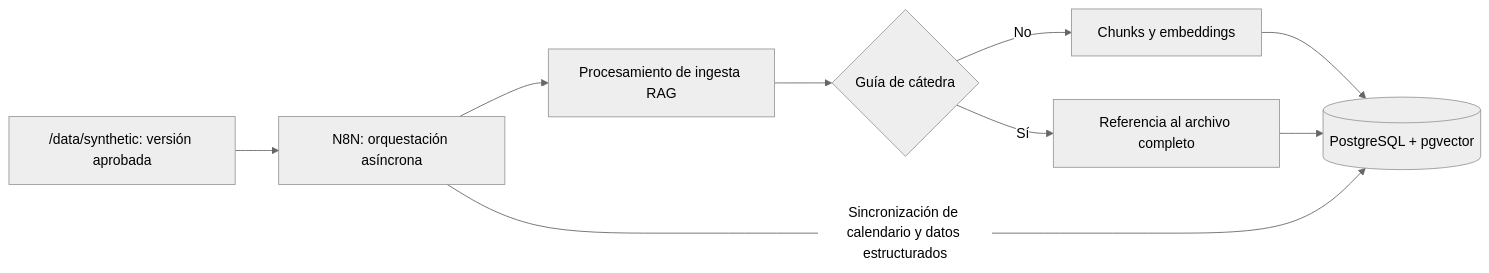
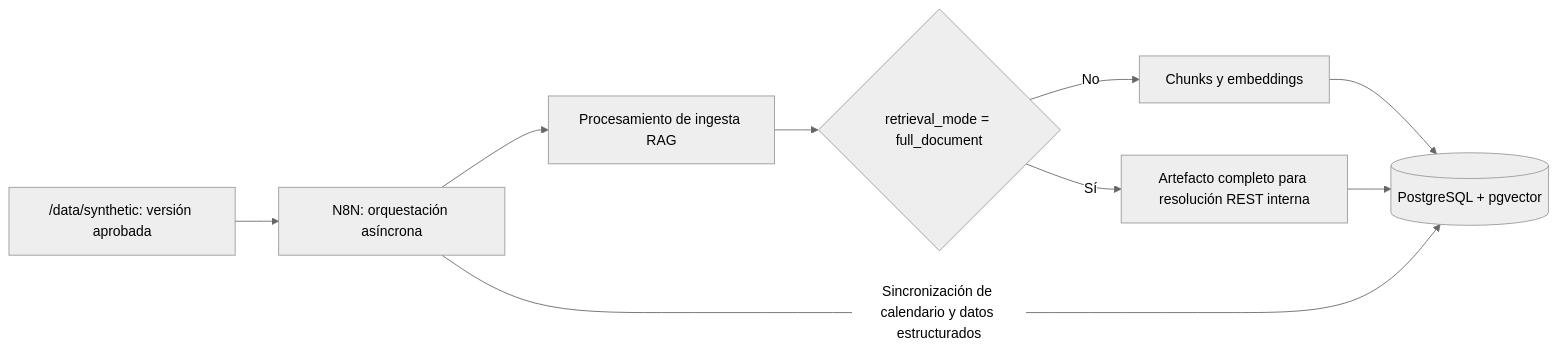
One commit to XeyKG/BanuChat_ changed the second of 3 diagrams in docs/arquitectura.md. Above: the diagram before and after it, drawn with Mermaid (neutral theme). The commit also changed other lines of this file and 8 other files, not shown here.

````diff
--- a/docs/arquitectura.md
+++ b/docs/arquitectura.md
@@ -54,11 +69,11 @@
 ```mermaid
 flowchart LR
     DATA["/data/synthetic: versión aprobada"] --> N["N8N: orquestación asíncrona"]
     N --> R["Procesamiento de ingesta RAG"]
-    R --> Q{"Guía de cátedra"}
-    Q -->|"Sí"| L["Referencia al archivo completo"]
+    R --> Q{"retrieval_mode = full_document"}
+    Q -->|"Sí"| L["Artefacto completo para resolución REST interna"]
     Q -->|"No"| E["Chunks y embeddings"]
     E --> DB[("PostgreSQL + pgvector")]
     L --> DB
     N -->|"Sincronización de calendario y datos estructurados"| DB
 ```
````
